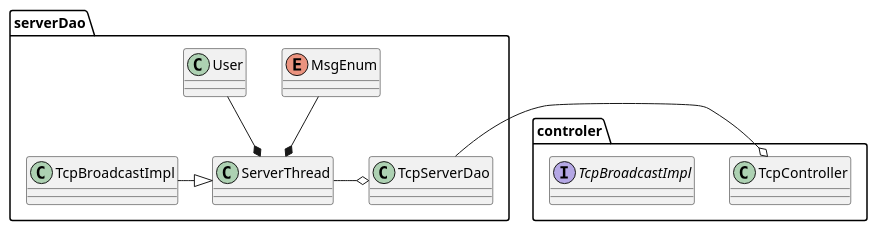
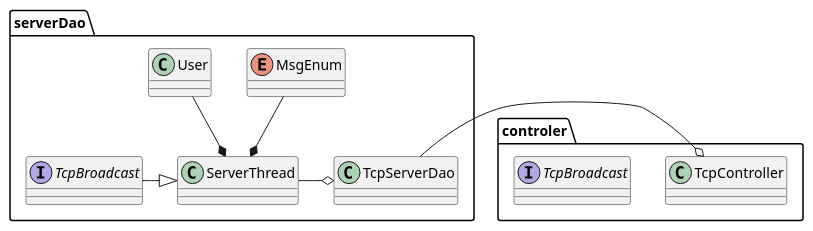
The second of 2 diagrams in server.md (jyf-111/JavaTcpChat), drawn with PlantUML before and after one commit. The commit also changed 6 other files, not shown here.

```diff
--- a/server.md
+++ b/server.md
@@ -10,21 +10,21 @@
 @startuml
 package serverDao{
 	enum MsgEnum
 	class ServerThread
-	class TcpBroadcastImpl
+	interface TcpBroadcast
 	class TcpServerDao
 	class User
 }
 MsgEnum -down-* ServerThread
 User -down-* ServerThread
-TcpBroadcastImpl -|> ServerThread
+TcpBroadcast-|> ServerThread
 ServerThread -o TcpServerDao
 
 package controler{
-	interface TcpBroadcastImpl
+	interface TcpBroadcast
 	class TcpController
 }
 
 TcpServerDao -o TcpController 
 
 @enduml
```
